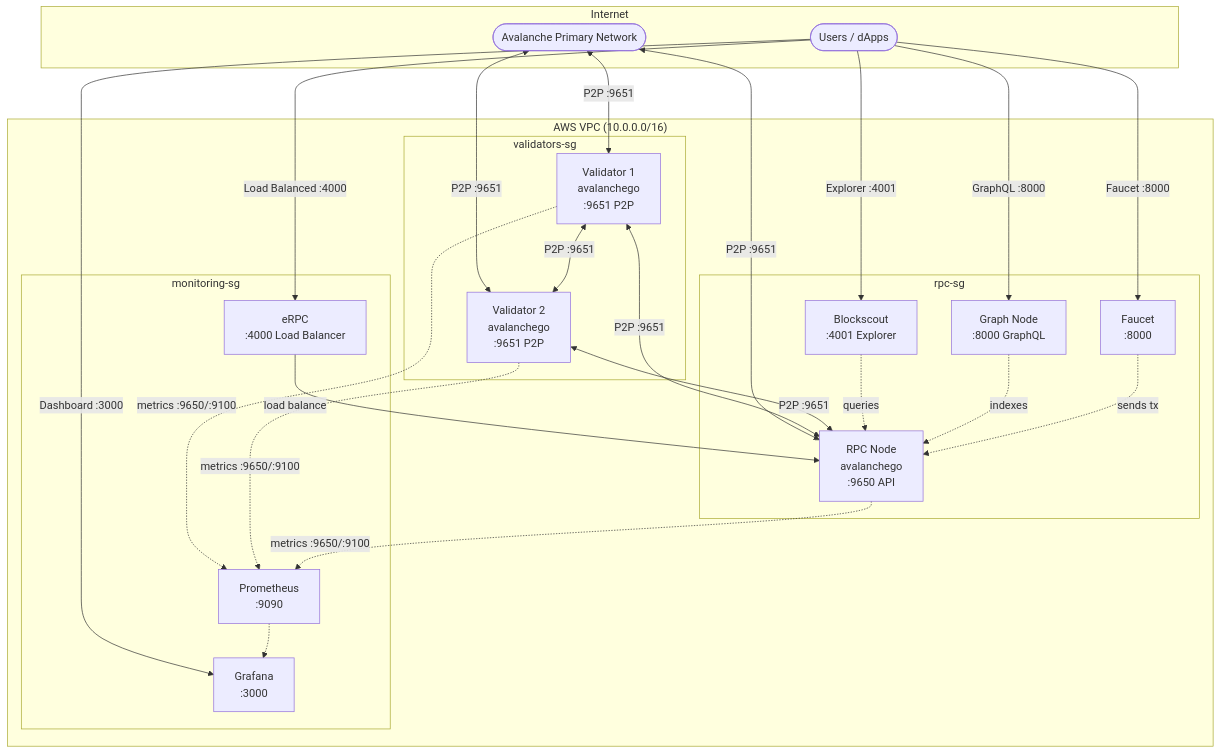
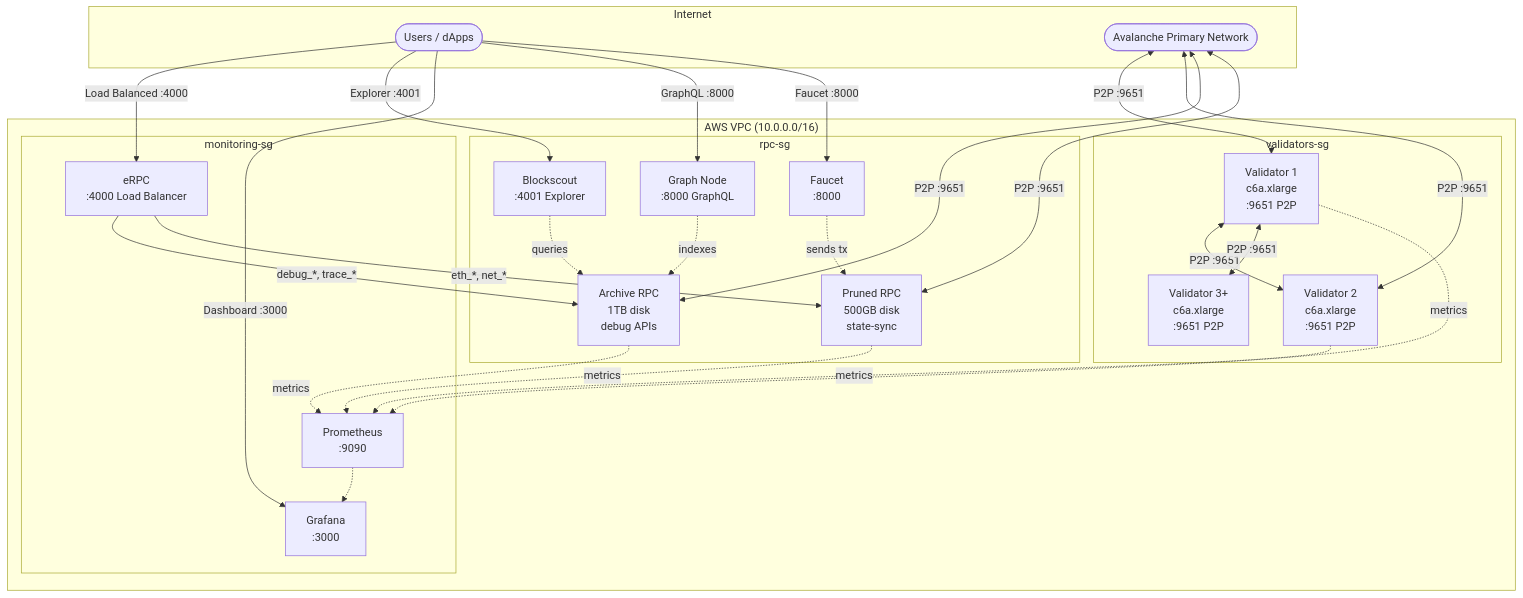
Before and after one commit to ava-labs/avalanche-deploy: the first of 3 diagrams in README.md, drawn with Mermaid. The commit also changed other lines of this file and 20 other files, not shown here.

First line of the commit message:
Add Primary Network validator support with S3 key backup and snapshots

````diff
--- a/README.md
+++ b/README.md
@@ -40,51 +74,55 @@
 ```mermaid
 flowchart TB
     subgraph Internet
         Users([Users / dApps])
         PrimaryNetwork([Avalanche Primary Network])
     end
 
     subgraph VPC["AWS VPC (10.0.0.0/16)"]
         subgraph ValidatorsSG["validators-sg"]
-            V1[Validator 1<br/>avalanchego<br/>:9651 P2P]
-            V2[Validator 2<br/>avalanchego<br/>:9651 P2P]
+            V1[Validator 1<br/>c6a.xlarge<br/>:9651 P2P]
+            V2[Validator 2<br/>c6a.xlarge<br/>:9651 P2P]
+            V3[Validator 3+<br/>c6a.xlarge<br/>:9651 P2P]
         end
 
         subgraph RPCSG["rpc-sg"]
-            RPC[RPC Node<br/>avalanchego<br/>:9650 API]
+            ArchiveRPC[Archive RPC<br/>1TB disk<br/>debug APIs]
+            PrunedRPC[Pruned RPC<br/>500GB disk<br/>state-sync]
             Blockscout[Blockscout<br/>:4001 Explorer]
             Faucet[Faucet<br/>:8000]
             GraphNode[Graph Node<br/>:8000 GraphQL]
         end
 
         subgraph MonitoringSG["monitoring-sg"]
             Prometheus[Prometheus<br/>:9090]
             Grafana[Grafana<br/>:3000]
             eRPC[eRPC<br/>:4000 Load Balancer]
         end
     end
 
     PrimaryNetwork <-->|P2P :9651| V1
     PrimaryNetwork <-->|P2P :9651| V2
-    PrimaryNetwork <-->|P2P :9651| RPC
+    PrimaryNetwork <-->|P2P :9651| ArchiveRPC
+    PrimaryNetwork <-->|P2P :9651| PrunedRPC
 
     V1 <-->|P2P :9651| V2
-    V1 <-->|P2P :9651| RPC
-    V2 <-->|P2P :9651| RPC
+    V1 <-->|P2P :9651| V3
 
     Users -->|Load Balanced :4000| eRPC
     Users -->|Explorer :4001| Blockscout
     Users -->|Dashboard :3000| Grafana
     Users -->|GraphQL :8000| GraphNode
     Users -->|Faucet :8000| Faucet
 
-    eRPC -->|load balance| RPC
-    Blockscout -.->|queries| RPC
-    GraphNode -.->|indexes| RPC
-    Faucet -.->|sends tx| RPC
+    eRPC -->|debug_*, trace_*| ArchiveRPC
+    eRPC -->|eth_*, net_*| PrunedRPC
+    Blockscout -.->|queries| ArchiveRPC
+    GraphNode -.->|indexes| ArchiveRPC
+    Faucet -.->|sends tx| PrunedRPC
 
-    V1 -.->|metrics :9650/:9100| Prometheus
-    V2 -.->|metrics :9650/:9100| Prometheus
-    RPC -.->|metrics :9650/:9100| Prometheus
+    V1 -.->|metrics| Prometheus
+    V2 -.->|metrics| Prometheus
+    ArchiveRPC -.->|metrics| Prometheus
+    PrunedRPC -.->|metrics| Prometheus
     Prometheus -.-> Grafana
 ```
````
